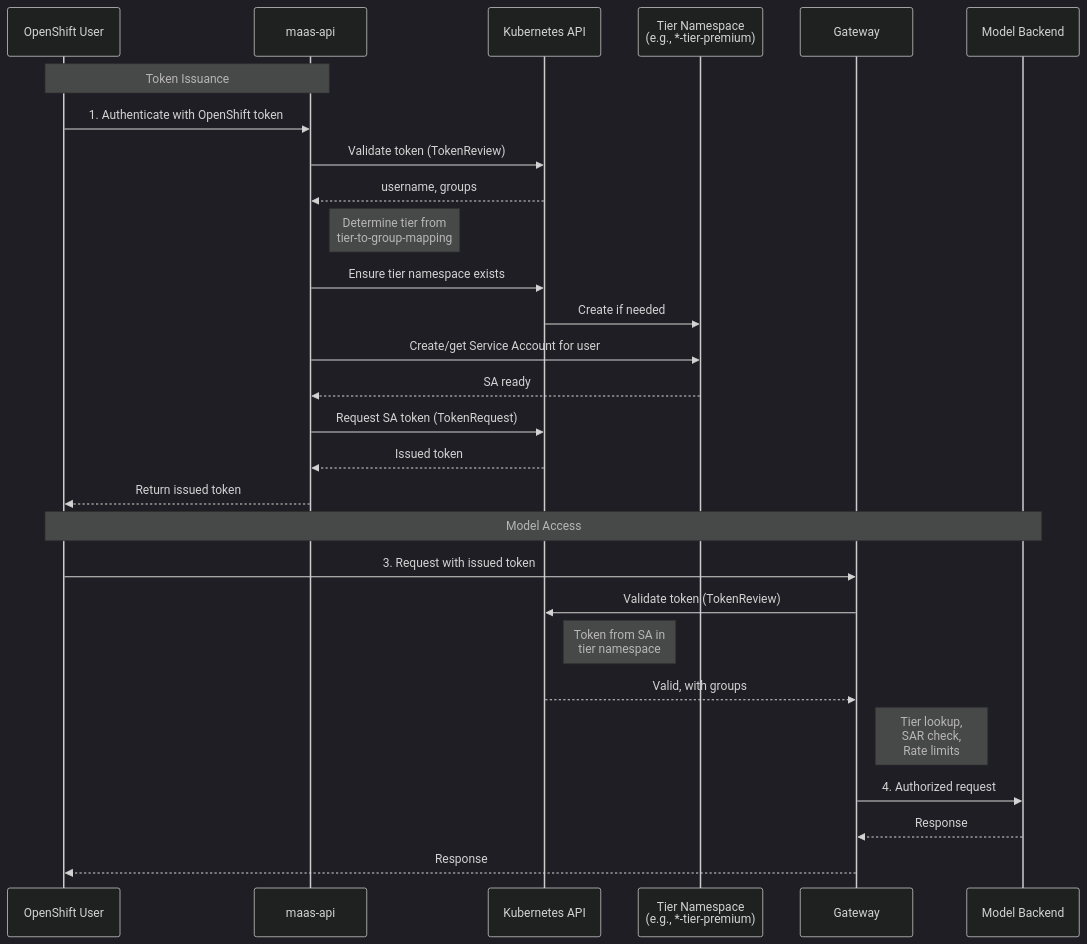
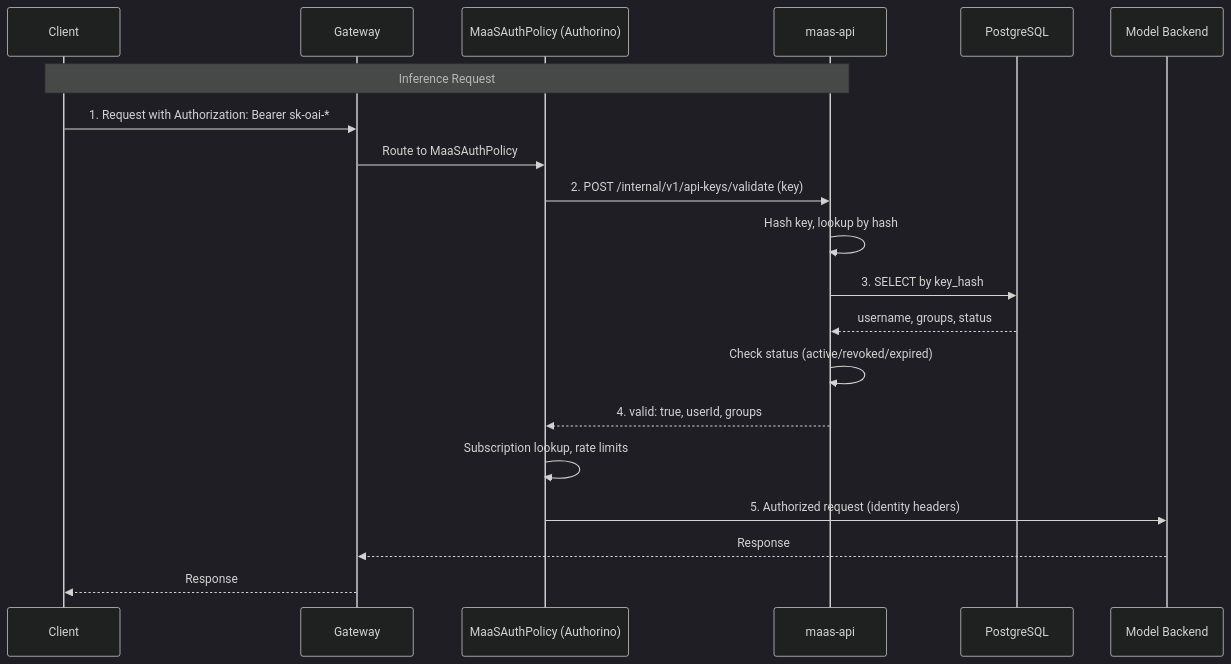
The second of 3 diagrams in docs/content/configuration-and-management/token-management.md (SB159/maas-billing), drawn with Mermaid (dark theme) before and after one commit. The commit also changed other lines of this file and 55 other files, not shown here.

````diff
--- a/docs/content/configuration-and-management/token-management.md
+++ b/docs/content/configuration-and-management/token-management.md
@@ -59,32 +88,23 @@
 ```mermaid
 sequenceDiagram
-    participant User as OpenShift User
+    participant User as Client
+    participant Gateway
+    participant AuthPolicy as MaaSAuthPolicy (Authorino)
     participant MaaS as maas-api
-    participant K8s as Kubernetes API
-    participant TierNS as Tier Namespace<br/>(e.g., *-tier-premium)
-    participant Gateway
+    participant DB as PostgreSQL
     participant Model as Model Backend
 
-    Note over User,MaaS: Token Issuance
-    User->>MaaS: 1. Authenticate with OpenShift token
-    MaaS->>K8s: Validate token (TokenReview)
-    K8s-->>MaaS: username, groups
-    Note right of MaaS: Determine tier from<br/>tier-to-group-mapping
-    MaaS->>K8s: Ensure tier namespace exists
-    K8s->>TierNS: Create if needed
-    MaaS->>TierNS: Create/get Service Account for user
-    TierNS-->>MaaS: SA ready
-    MaaS->>K8s: Request SA token (TokenRequest)
-    K8s-->>MaaS: Issued token
-    MaaS-->>User: Return issued token
-
-    Note over User,Model: Model Access
-    User->>Gateway: 3. Request with issued token
-    Gateway->>K8s: Validate token (TokenReview)
-    Note right of K8s: Token from SA in<br/>tier namespace
-    K8s-->>Gateway: Valid, with groups
-    Note right of Gateway: Tier lookup,<br/>SAR check,<br/>Rate limits
-    Gateway->>Model: 4. Authorized request
+    Note over User,MaaS: Inference Request
+    User->>Gateway: 1. Request with Authorization: Bearer sk-oai-*
+    Gateway->>AuthPolicy: Route to MaaSAuthPolicy
+    AuthPolicy->>MaaS: 2. POST /internal/v1/api-keys/validate (key)
+    MaaS->>MaaS: Hash key, lookup by hash
+    MaaS->>DB: 3. SELECT by key_hash
+    DB-->>MaaS: username, groups, status
+    MaaS->>MaaS: Check status (active/revoked/expired)
+    MaaS-->>AuthPolicy: 4. valid: true, userId, groups
+    AuthPolicy->>AuthPolicy: Subscription lookup, rate limits
+    AuthPolicy->>Model: 5. Authorized request (identity headers)
     Model-->>Gateway: Response
     Gateway-->>User: Response
 ```
````
